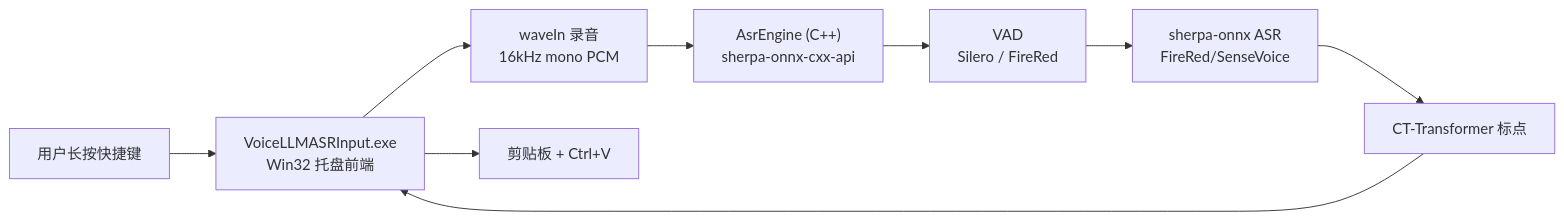
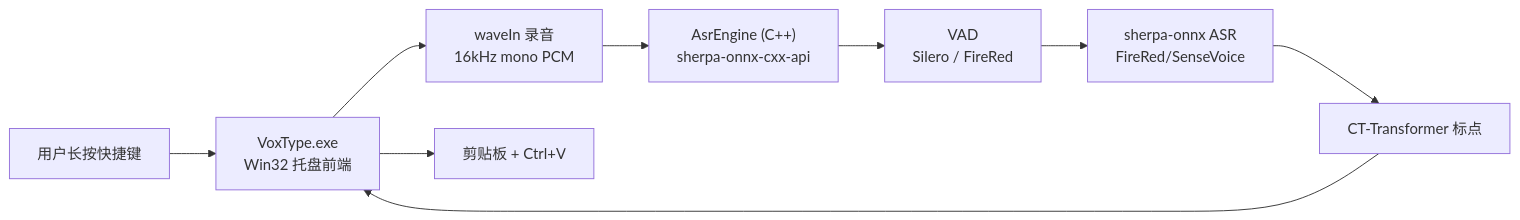
Before and after one commit to melody0709/Voice_LLM_ASR_Input: the first of 2 diagrams in doc/ARCHITECTURE_zh.md, drawn with Mermaid. The commit also changed other lines of this file and 23 other files, not shown here.

First line of the commit message:
refactor: rename project from VoiceLLMASRInput to VoxType

````diff
--- a/doc/ARCHITECTURE_zh.md
+++ b/doc/ARCHITECTURE_zh.md
@@ -9,11 +9,11 @@
 ```mermaid
 flowchart LR
-    User["用户长按快捷键"] --> Frontend["VoiceLLMASRInput.exe<br/>Win32 托盘前端"]
+    User["用户长按快捷键"] --> Frontend["VoxType.exe<br/>Win32 托盘前端"]
     Frontend --> Recorder["waveIn 录音<br/>16kHz mono PCM"]
     Recorder --> Engine["AsrEngine (C++)<br/>sherpa-onnx-cxx-api"]
     Engine --> VAD["VAD<br/>Silero / FireRed"]
     VAD --> ASR["sherpa-onnx ASR<br/>FireRed/SenseVoice"]
     ASR --> Punct["CT-Transformer 标点"]
     Punct --> Frontend
     Frontend --> Inject["剪贴板 + Ctrl+V"]
 ```
````
